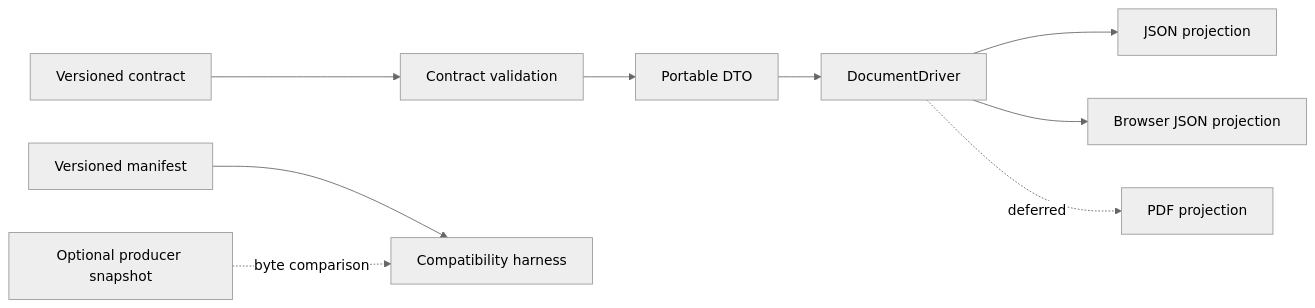
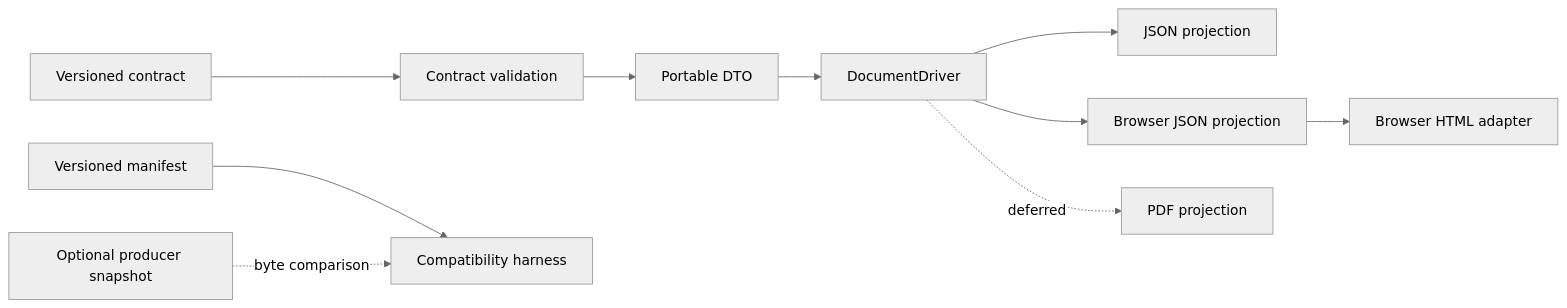
The diagram in ARCHITECTURE.md (3neti/x-document), drawn with Mermaid (neutral theme) before and after one commit. The commit also changed other lines of this file and 14 other files, not shown here.

Commit message:
feat: add browser HTML projection adapter

````diff
--- a/ARCHITECTURE.md
+++ b/ARCHITECTURE.md
@@ -7,11 +7,12 @@
 ```mermaid
 flowchart LR
     C[Versioned contract] --> V[Contract validation]
     V --> D[Portable DTO]
     D --> I[DocumentDriver]
     I --> J[JSON projection]
     I --> B[Browser JSON projection]
+    B --> A[Browser HTML adapter]
     I -. deferred .-> P[PDF projection]
     M[Versioned manifest] --> H[Compatibility harness]
     U[Optional producer snapshot] -. byte comparison .-> H
 ```
````
